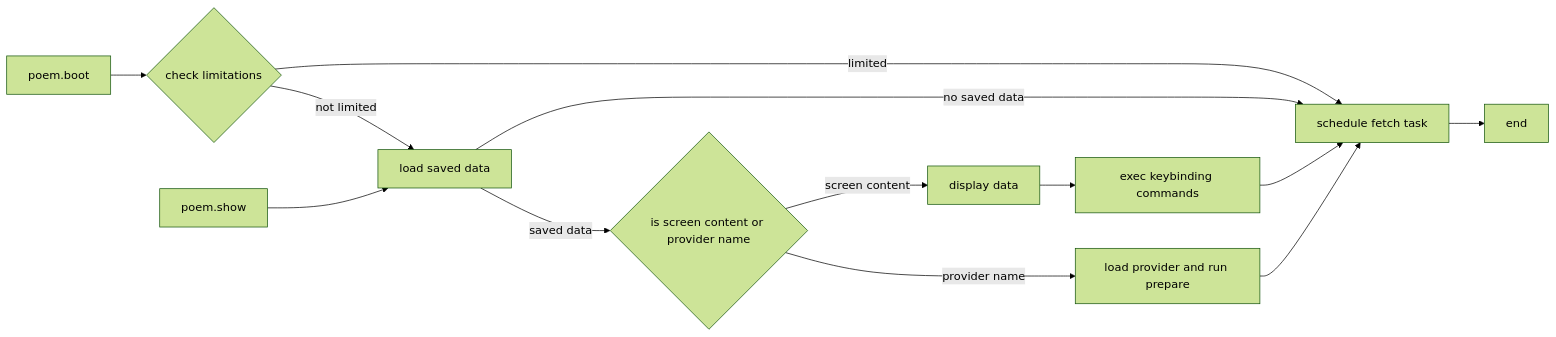
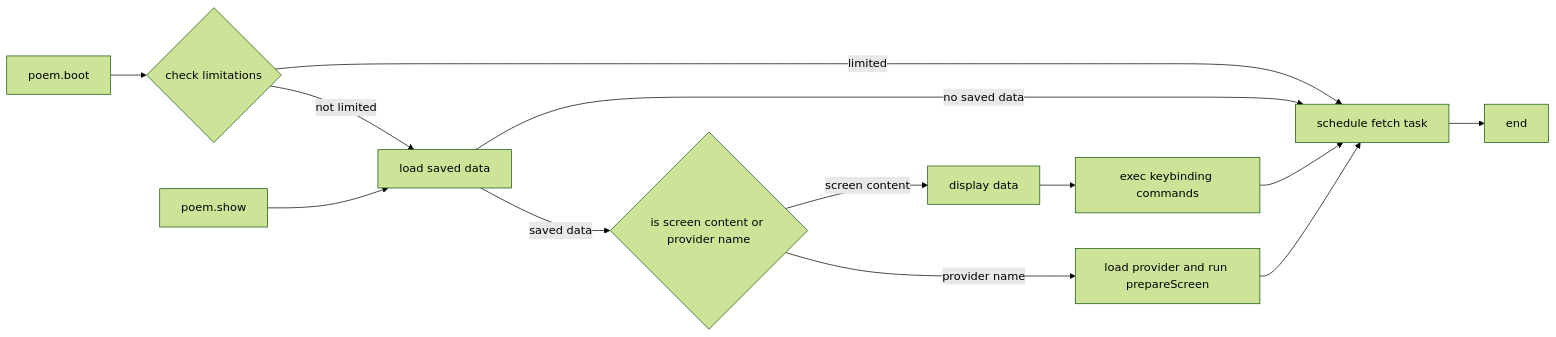
Before and after one commit to EverSeenTOTOTO/coc-poem: the first of 2 diagrams in README.md, drawn with Mermaid (forest theme). The commit also changed other lines of this file and 5 other files, not shown here.

````diff
--- a/README.md
+++ b/README.md
@@ -34,15 +34,15 @@
 ```mermaid
 flowchart LR
     boot[poem.boot] --> checkLimitations{check limitations}
     checkLimitations -- limited --> schedule[schedule fetch task]
     checkLimitations -- not limited --> loadSavedData[load saved data]
     show[poem.show] --> loadSavedData
     loadSavedData -- no saved data --> schedule
     schedule --> pass[end]
     loadSavedData -- saved data --> isDirectData{is screen content or provider name}
     isDirectData -- screen content --> display[display data]
     display --> executeCmds[exec keybinding commands]
-    isDirectData -- provider name --> loadProvider[load provider and run prepare]
+    isDirectData -- provider name --> loadProvider[load provider and run prepareScreen]
     executeCmds --> schedule
     loadProvider --> schedule
 ```
````
